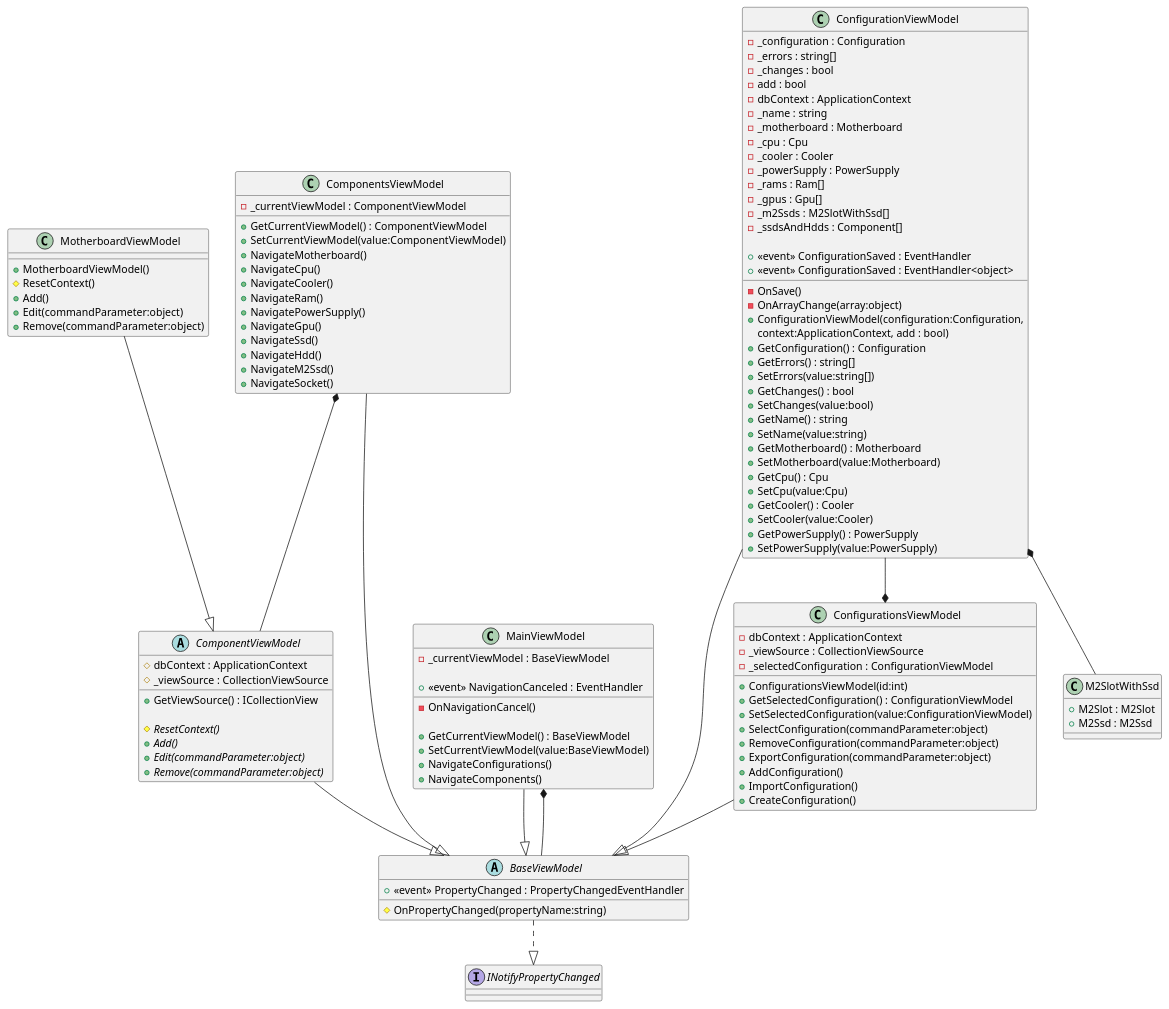
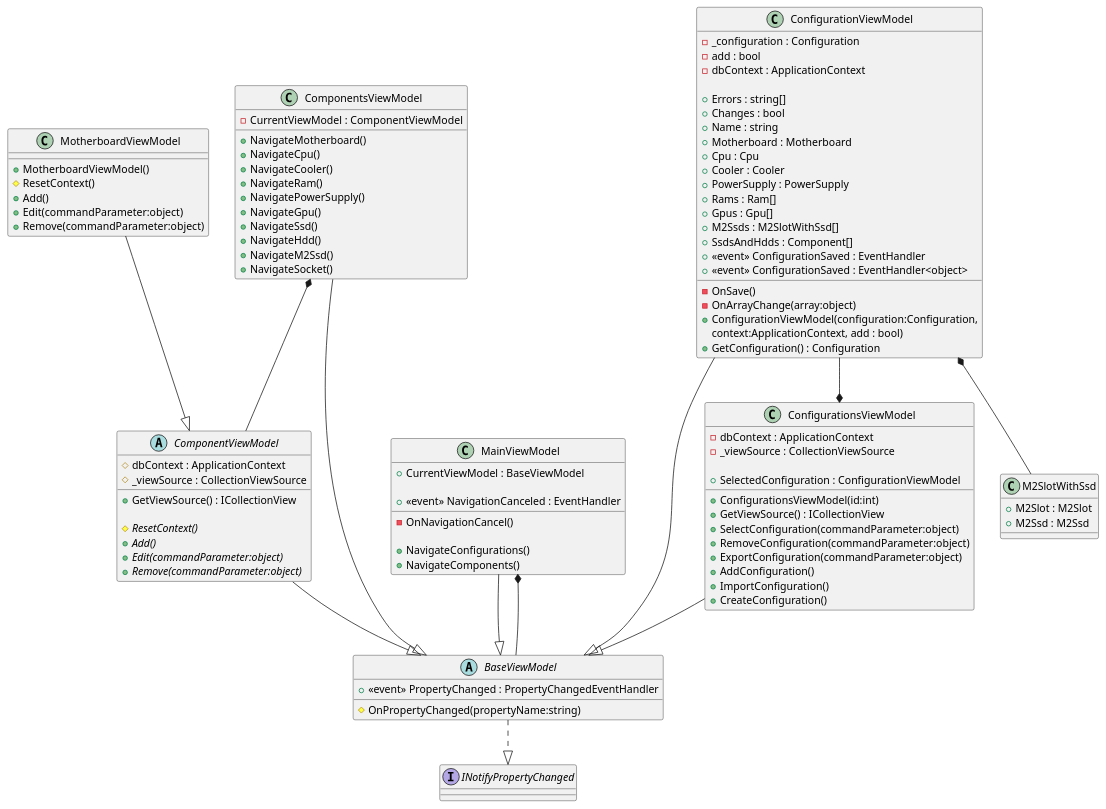
The diagram in PCConfigurator/Diagrams/Class diagram(viewmodel).wsd (son1k9/PCConfigurator), drawn with PlantUML before and after one commit.

```diff
--- a/PCConfigurator/Diagrams/Class diagram(viewmodel).wsd
+++ b/PCConfigurator/Diagrams/Class diagram(viewmodel).wsd
@@ -1,135 +1,118 @@
 @startuml Class diagram ViewModel
 
 interface INotifyPropertyChanged
 
 BaseViewModel ..|> INotifyPropertyChanged
 abstract class BaseViewModel{
     + <<event>> PropertyChanged : PropertyChangedEventHandler
 
     # OnPropertyChanged(propertyName:string)
 }
 
 ComponentViewModel --|> BaseViewModel
 abstract class ComponentViewModel{
     # dbContext : ApplicationContext
     # _viewSource : CollectionViewSource
     
     + GetViewSource() : ICollectionView
 
     {abstract} # ResetContext()
     {abstract} + Add()
     {abstract} + Edit(commandParameter:object)
     {abstract} + Remove(commandParameter:object)
 }
 
 MotherboardViewModel --|> ComponentViewModel
 class MotherboardViewModel{
     + MotherboardViewModel()
     # ResetContext()
     + Add()
     + Edit(commandParameter:object)
     + Remove(commandParameter:object)
 }
 
 MainViewModel --|> BaseViewModel
 MainViewModel *-- BaseViewModel
 class MainViewModel{
-    - _currentViewModel : BaseViewModel
+    + CurrentViewModel : BaseViewModel
 
     + <<event>> NavigationCanceled : EventHandler
 
     - OnNavigationCancel()
 
-    + GetCurrentViewModel() : BaseViewModel
-    + SetCurrentViewModel(value:BaseViewModel)
     + NavigateConfigurations()
     + NavigateComponents()
 
 }
 
 ConfigurationsViewModel --|> BaseViewModel
 class ConfigurationsViewModel{
     - dbContext : ApplicationContext
     - _viewSource : CollectionViewSource
-    - _selectedConfiguration : ConfigurationViewModel
+
+    + SelectedConfiguration : ConfigurationViewModel
 
     + ConfigurationsViewModel(id:int)
-    + GetSelectedConfiguration() : ConfigurationViewModel
-    + SetSelectedConfiguration(value:ConfigurationViewModel)
+    + GetViewSource() : ICollectionView
     + SelectConfiguration(commandParameter:object)
     + RemoveConfiguration(commandParameter:object)
     + ExportConfiguration(commandParameter:object)
     + AddConfiguration()
     + ImportConfiguration()
     + CreateConfiguration()
 }
 
 ConfigurationViewModel --* ConfigurationsViewModel
 ConfigurationViewModel --|> BaseViewModel
 ConfigurationViewModel *-- M2SlotWithSsd
 class ConfigurationViewModel{
     - _configuration : Configuration
-    - _errors : string[]
-    - _changes : bool
     - add : bool
     - dbContext : ApplicationContext
-    - _name : string
-    - _motherboard : Motherboard
-    - _cpu : Cpu
-    - _cooler : Cooler
-    - _powerSupply : PowerSupply
-    - _rams : Ram[]
-    - _gpus : Gpu[]
-    - _m2Ssds : M2SlotWithSsd[]
-    - _ssdsAndHdds : Component[]
 
+    + Errors : string[]
+    + Changes : bool
+    + Name : string
+    + Motherboard : Motherboard
+    + Cpu : Cpu
+    + Cooler : Cooler
+    + PowerSupply : PowerSupply
+    + Rams : Ram[]
+    + Gpus : Gpu[]
+    + M2Ssds : M2SlotWithSsd[]
+    + SsdsAndHdds : Component[]
     + <<event>> ConfigurationSaved : EventHandler
     + <<event>> ConfigurationSaved : EventHandler<object>
 
     - OnSave()
     - OnArrayChange(array:object)
     + ConfigurationViewModel(configuration:Configuration, 
     context:ApplicationContext, add : bool)
     + GetConfiguration() : Configuration
-    + GetErrors() : string[]
-    + SetErrors(value:string[])
-    + GetChanges() : bool
-    + SetChanges(value:bool)
-    + GetName() : string
-    + SetName(value:string)
-    + GetMotherboard() : Motherboard
-    + SetMotherboard(value:Motherboard)
-    + GetCpu() : Cpu
-    + SetCpu(value:Cpu)
-    + GetCooler() : Cooler
-    + SetCooler(value:Cooler)
-    + GetPowerSupply() : PowerSupply
-    + SetPowerSupply(value:PowerSupply)
+    
 
 }
 
 class M2SlotWithSsd{
     + M2Slot : M2Slot
     + M2Ssd : M2Ssd
 }
 
 ComponentsViewModel *-- ComponentViewModel
 ComponentsViewModel --|> BaseViewModel
 class ComponentsViewModel{
-    - _currentViewModel : ComponentViewModel
+    - CurrentViewModel : ComponentViewModel
 
-    + GetCurrentViewModel() : ComponentViewModel
-    + SetCurrentViewModel(value:ComponentViewModel)
     + NavigateMotherboard()
     + NavigateCpu()
     + NavigateCooler()
     + NavigateRam()
     + NavigatePowerSupply()
     + NavigateGpu()
     + NavigateSsd()
     + NavigateHdd()
     + NavigateM2Ssd()
     + NavigateSocket()
 }
 
 @enduml
```
